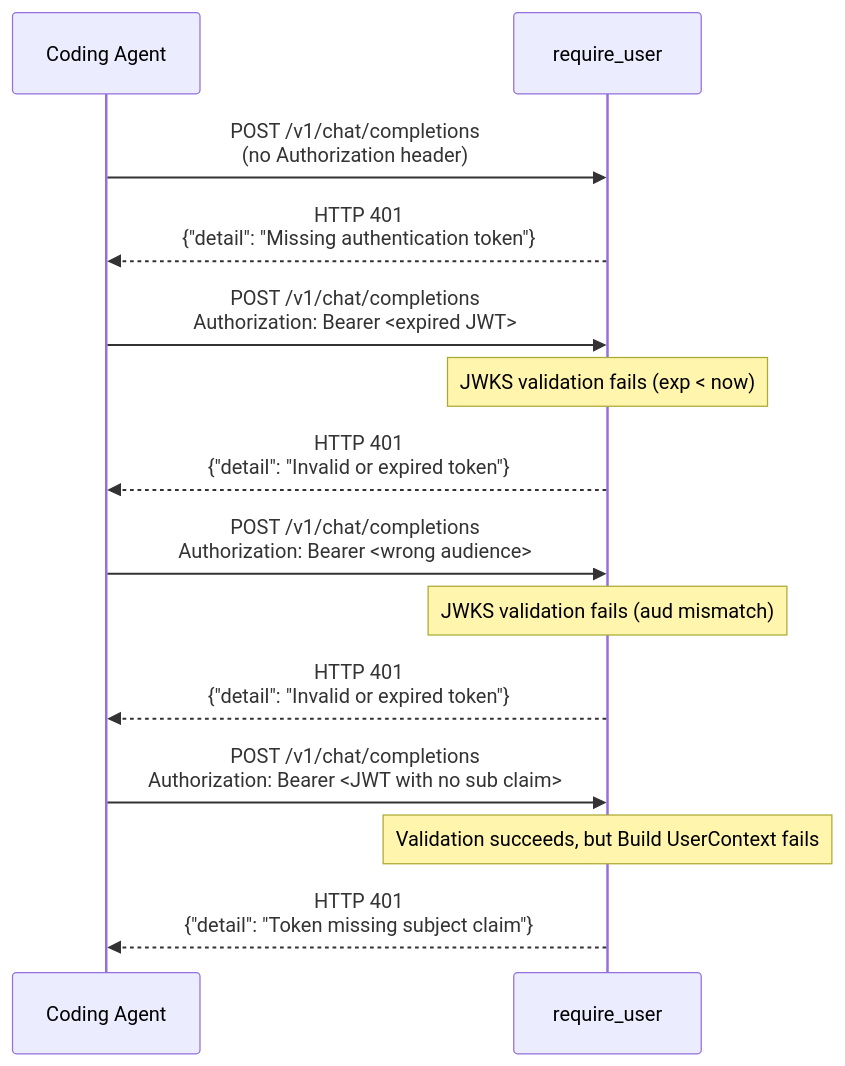
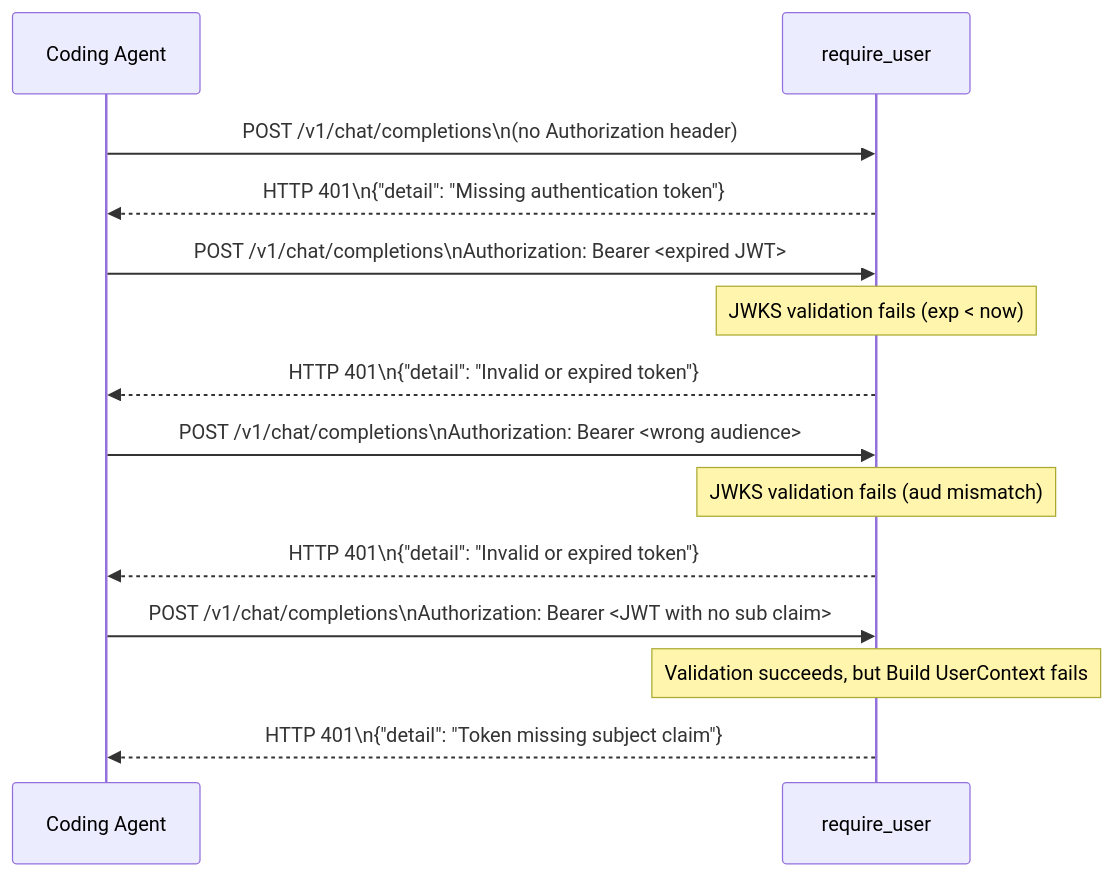
Before and after one commit to lfdesousa/AuditTrace-AI: the fifth of 6 diagrams in docs/architecture/sequence-oauth2-flow.md, drawn with Mermaid. The commit also changed other lines of this file and 4 other files, not shown here.

First line of the commit message:
fix(docs): replace HTML br tags with Mermaid newlines in sequence diagrams

````diff
--- a/docs/architecture/sequence-oauth2-flow.md
+++ b/docs/architecture/sequence-oauth2-flow.md
@@ -142,20 +142,20 @@
 ```mermaid
 sequenceDiagram
     participant Agent as Coding Agent
     participant Auth as require_user
 
-    Agent->>Auth: POST /v1/chat/completions<br/>(no Authorization header)
-    Auth-->>Agent: HTTP 401<br/>{"detail": "Missing authentication token"}
+    Agent->>Auth: POST /v1/chat/completions\n(no Authorization header)
+    Auth-->>Agent: HTTP 401\n{"detail": "Missing authentication token"}
 
-    Agent->>Auth: POST /v1/chat/completions<br/>Authorization: Bearer <expired JWT>
+    Agent->>Auth: POST /v1/chat/completions\nAuthorization: Bearer <expired JWT>
     Note over Auth: JWKS validation fails (exp < now)
-    Auth-->>Agent: HTTP 401<br/>{"detail": "Invalid or expired token"}
+    Auth-->>Agent: HTTP 401\n{"detail": "Invalid or expired token"}
 
-    Agent->>Auth: POST /v1/chat/completions<br/>Authorization: Bearer <wrong audience>
+    Agent->>Auth: POST /v1/chat/completions\nAuthorization: Bearer <wrong audience>
     Note over Auth: JWKS validation fails (aud mismatch)
-    Auth-->>Agent: HTTP 401<br/>{"detail": "Invalid or expired token"}
+    Auth-->>Agent: HTTP 401\n{"detail": "Invalid or expired token"}
 
-    Agent->>Auth: POST /v1/chat/completions<br/>Authorization: Bearer <JWT with no sub claim>
+    Agent->>Auth: POST /v1/chat/completions\nAuthorization: Bearer <JWT with no sub claim>
     Note over Auth: Validation succeeds, but Build UserContext fails
-    Auth-->>Agent: HTTP 401<br/>{"detail": "Token missing subject claim"}
+    Auth-->>Agent: HTTP 401\n{"detail": "Token missing subject claim"}
 ```
````
